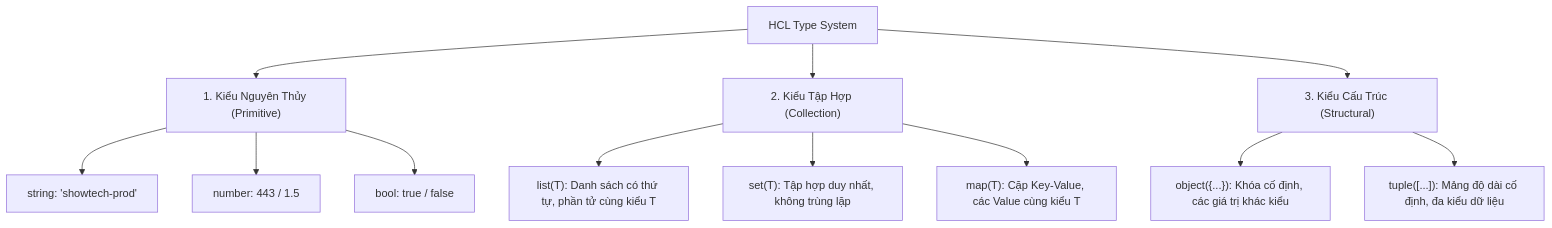
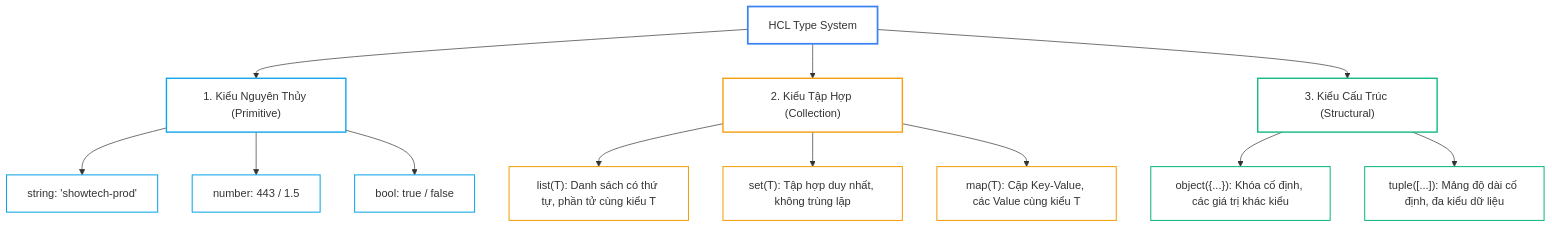
The diagram in _posts/2026-09-13-terraform-03-03-toi-uu-cu-phap-hcl-xu-ly-dynamic-type-expressions.md (kiennt308/ntk), drawn with Mermaid before and after one commit. The commit also changed other lines of this file, not shown here.

Commit message:
style(terraform-03): enhance presentation standards, tailor tldr, lab table badges, and mermaid styling

````diff
--- a/_posts/2026-09-13-terraform-03-03-toi-uu-cu-phap-hcl-xu-ly-dynamic-type-expressions.md
+++ b/_posts/2026-09-13-terraform-03-03-toi-uu-cu-phap-hcl-xu-ly-dynamic-type-expressions.md
@@ -36,19 +36,30 @@
 ```mermaid
 graph TD
     TYPE["HCL Type System"] --> PRIM["1. Kiểu Nguyên Thủy (Primitive)"]
     TYPE --> COLL["2. Kiểu Tập Hợp (Collection)"]
     TYPE --> STRUC["3. Kiểu Cấu Trúc (Structural)"]
 
     PRIM --> P1["string: 'showtech-prod'"]
     PRIM --> P2["number: 443 / 1.5"]
     PRIM --> P3["bool: true / false"]
 
     COLL --> C1["list(T): Danh sách có thứ tự, phần tử cùng kiểu T"]
     COLL --> C2["set(T): Tập hợp duy nhất, không trùng lặp"]
     COLL --> C3["map(T): Cặp Key-Value, các Value cùng kiểu T"]
 
     STRUC --> S1["object({...}): Khóa cố định, các giá trị khác kiểu"]
     STRUC --> S2["tuple([...]): Mảng độ dài cố định, đa kiểu dữ liệu"]
 
-
+    style TYPE fill:none,stroke:#3b82f6,stroke-width:2.5px
+    style PRIM fill:none,stroke:#0ea5e9,stroke-width:2px
+    style COLL fill:none,stroke:#f59e0b,stroke-width:2px
+    style STRUC fill:none,stroke:#10b981,stroke-width:2px
+    style P1 fill:none,stroke:#0ea5e9,stroke-width:1.5px
+    style P2 fill:none,stroke:#0ea5e9,stroke-width:1.5px
+    style P3 fill:none,stroke:#0ea5e9,stroke-width:1.5px
+    style C1 fill:none,stroke:#f59e0b,stroke-width:1.5px
+    style C2 fill:none,stroke:#f59e0b,stroke-width:1.5px
+    style C3 fill:none,stroke:#f59e0b,stroke-width:1.5px
+    style S1 fill:none,stroke:#10b981,stroke-width:1.5px
+    style S2 fill:none,stroke:#10b981,stroke-width:1.5px
 ```
````
